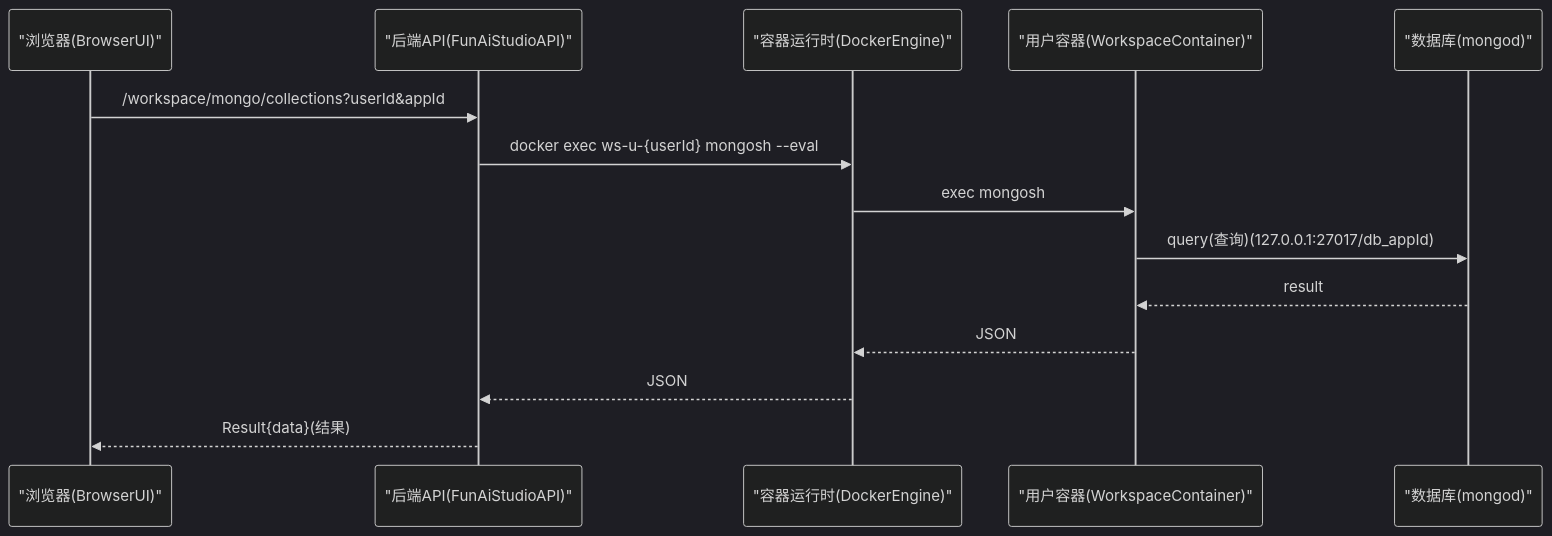
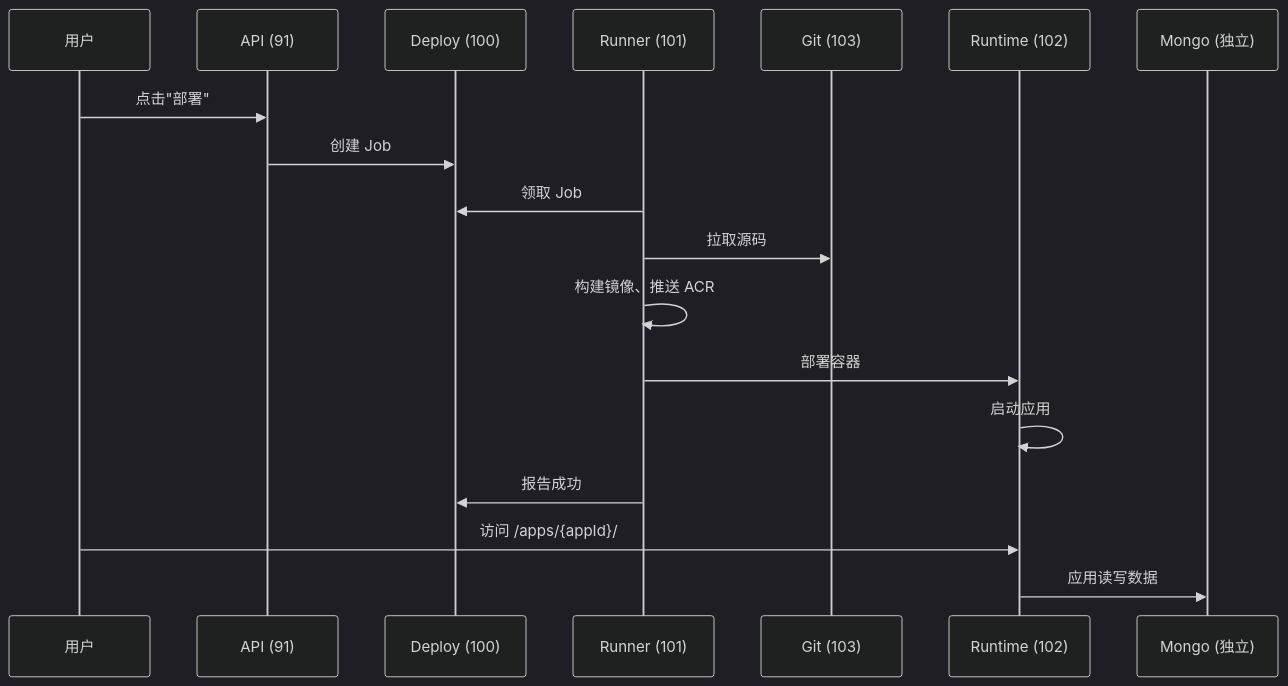
The second of 2 diagrams in src/main/resources/doc/domains/architecture/README.md (ruiAndroid/fun-ai-studio-api), drawn with Mermaid (dark theme) before and after one commit. The commit also changed other lines of this file and 2 other files, not shown here.

````diff
--- a/src/main/resources/doc/domains/architecture/README.md
+++ b/src/main/resources/doc/domains/architecture/README.md
@@ -281,17 +119,23 @@
 ```mermaid
 sequenceDiagram
-participant Browser as "浏览器(BrowserUI)"
-participant Api as "后端API(FunAiStudioAPI)"
-participant Docker as "容器运行时(DockerEngine)"
-participant Ws as "用户容器(WorkspaceContainer)"
-participant Mongo as "数据库(mongod)"
+    participant U as 用户
+    participant API as API (91)
+    participant D as Deploy (100)
+    participant R as Runner (101)
+    participant Git as Git (103)
+    participant RT as Runtime (102)
+    participant M as Mongo (独立)
 
-Browser->>Api: /workspace/mongo/collections?userId&appId
-Api->>Docker: docker exec ws-u-{userId} mongosh --eval
-Docker->>Ws: exec mongosh
-Ws->>Mongo: query(查询)(127.0.0.1:27017/db_appId)
-Mongo-->>Ws: result
-Ws-->>Docker: JSON
-Docker-->>Api: JSON
-Api-->>Browser: Result{data}(结果)
+    U->>API: 点击"部署"
+    API->>D: 创建 Job
+
+    R->>D: 领取 Job
+    R->>Git: 拉取源码
+    R->>R: 构建镜像、推送 ACR
+    R->>RT: 部署容器
+    RT->>RT: 启动应用
+    R->>D: 报告成功
+
+    U->>RT: 访问 /apps/{appId}/
+    RT->>M: 应用读写数据
 ```
````
